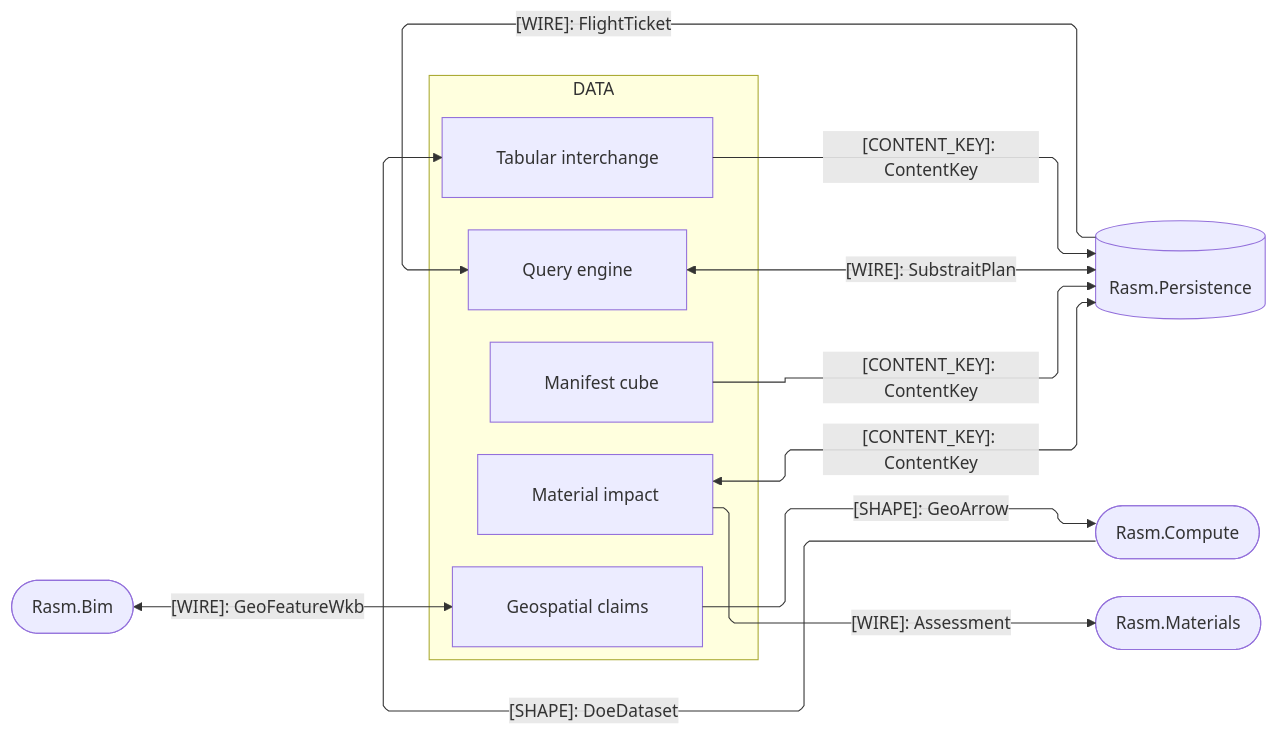
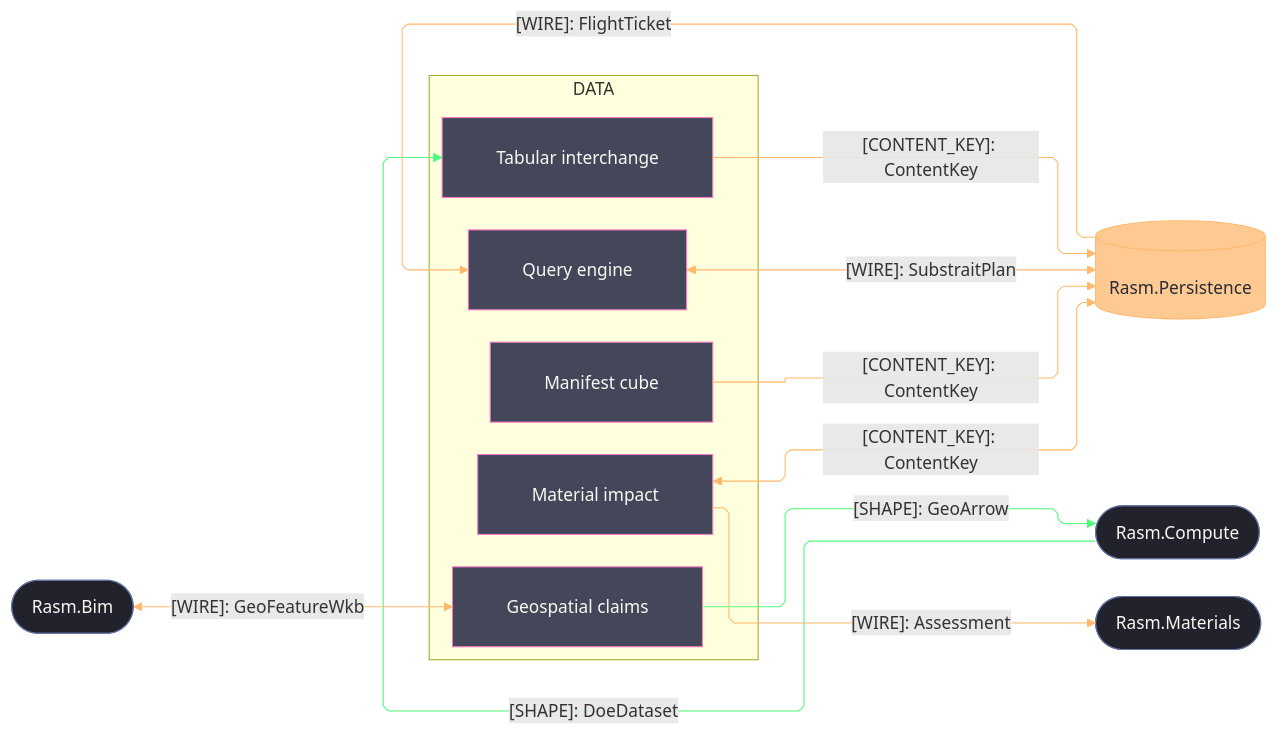
Before and after one commit to bsamiee/Rasm: the second of 3 diagrams in libs/python/data/ARCHITECTURE.md, drawn with Mermaid. The commit also changed other lines of this file and 124 other files, not shown here.

First line of the commit message:
planning registries: ARCHITECTURE/README/IDEAS/TASKLOG/RULINGS + csproj, campaign-method, CLAUDE.md

````diff
--- a/libs/python/data/ARCHITECTURE.md
+++ b/libs/python/data/ARCHITECTURE.md
@@ -90,32 +105,42 @@
 ```mermaid
 ---
 config:
   layout: elk
   flowchart:
     curve: linear
     padding: 25
 ---
 flowchart LR
     accTitle: Data package C#-peer seam registry
     accDescr: Data sub-domain owners exchanging frame shapes, content keys, plan wires, and the environmental set with the Rasm.Compute, Persistence, Materials, and Bim C# peers.
     subgraph data[DATA]
         Tabular[Tabular interchange]
         Query[Query engine]
         Geospatial[Geospatial claims]
         Virtual[Manifest cube]
         Impact[Material impact]
     end
     Persistence[(Rasm.Persistence)]
     Compute([Rasm.Compute])
     Materials([Rasm.Materials])
     Bim([Rasm.Bim])
     Compute e1@-->|"[SHAPE]: DoeDataset"| Tabular
     Geospatial e2@-->|"[SHAPE]: GeoArrow"| Compute
     Tabular e3@-->|"[CONTENT_KEY]: ContentKey"| Persistence
     Query e4@<-->|"[WIRE]: SubstraitPlan"| Persistence
     Virtual e5@-->|"[CONTENT_KEY]: ContentKey"| Persistence
     Impact e6@<-->|"[CONTENT_KEY]: ContentKey"| Persistence
     Impact e7@-->|"[WIRE]: Assessment"| Materials
     Bim e8@<-->|"[WIRE]: GeoFeatureWkb"| Geospatial
     Persistence e9@-->|"[WIRE]: FlightTicket"| Query
+    class Tabular,Query,Geospatial,Virtual,Impact primary
+    class Persistence data
+    class Compute,Materials,Bim annotation
+    class e1,e2 edgeSuccess
+    class e3,e4,e5,e6,e7,e8,e9 edgeData
+    classDef primary fill:#44475A,stroke:#FF79C6,color:#F8F8F2
+    classDef data fill:#FFB86CBF,stroke:#FFB86C,color:#282A36
+    classDef annotation fill:#21222C,stroke:#6272A4,color:#F8F8F2
+    classDef edgeData stroke:#FFB86C,color:#F8F8F2
+    classDef edgeSuccess stroke:#50FA7B,color:#F8F8F2
 ```
````
